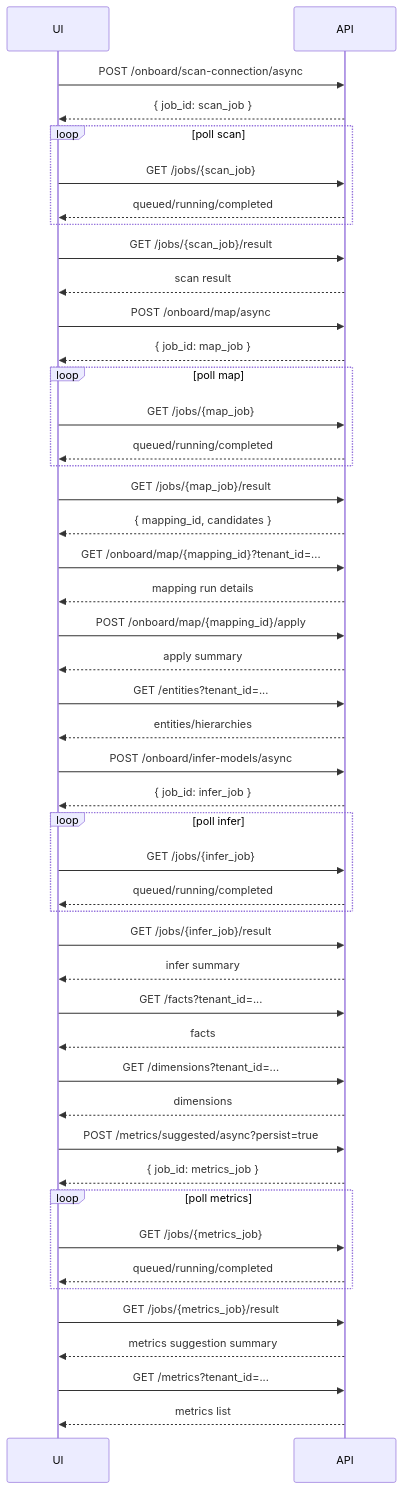
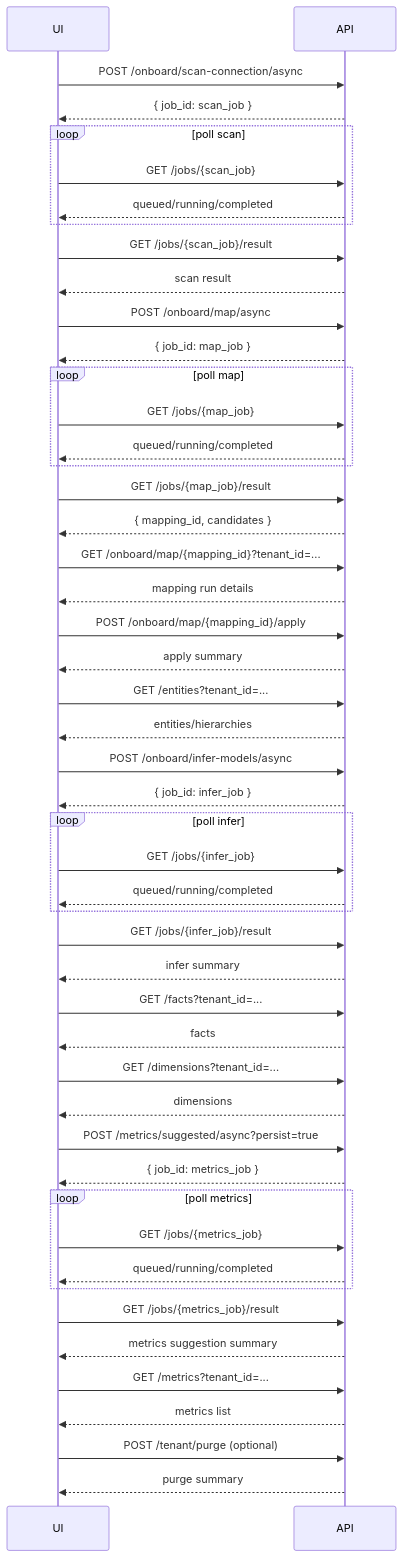
Before and after one commit to cvarma2311/quantyx-core: the diagram in docs/UI_Onboarding_API_Flows.md, drawn with Mermaid. The commit also changed other lines of this file and 43 other files, not shown here.

````diff
--- a/docs/UI_Onboarding_API_Flows.md
+++ b/docs/UI_Onboarding_API_Flows.md
@@ -102,53 +119,55 @@
 ```mermaid
 sequenceDiagram
     participant UI
     participant API
 
     UI->>API: POST /onboard/scan-connection/async
     API-->>UI: { job_id: scan_job }
     loop poll scan
         UI->>API: GET /jobs/{scan_job}
         API-->>UI: queued/running/completed
     end
     UI->>API: GET /jobs/{scan_job}/result
     API-->>UI: scan result
 
     UI->>API: POST /onboard/map/async
     API-->>UI: { job_id: map_job }
     loop poll map
         UI->>API: GET /jobs/{map_job}
         API-->>UI: queued/running/completed
     end
     UI->>API: GET /jobs/{map_job}/result
     API-->>UI: { mapping_id, candidates }
     UI->>API: GET /onboard/map/{mapping_id}?tenant_id=...
     API-->>UI: mapping run details
     UI->>API: POST /onboard/map/{mapping_id}/apply
     API-->>UI: apply summary
     UI->>API: GET /entities?tenant_id=...
     API-->>UI: entities/hierarchies
 
     UI->>API: POST /onboard/infer-models/async
     API-->>UI: { job_id: infer_job }
     loop poll infer
         UI->>API: GET /jobs/{infer_job}
         API-->>UI: queued/running/completed
     end
     UI->>API: GET /jobs/{infer_job}/result
     API-->>UI: infer summary
     UI->>API: GET /facts?tenant_id=...
     API-->>UI: facts
     UI->>API: GET /dimensions?tenant_id=...
     API-->>UI: dimensions
 
     UI->>API: POST /metrics/suggested/async?persist=true
     API-->>UI: { job_id: metrics_job }
     loop poll metrics
         UI->>API: GET /jobs/{metrics_job}
         API-->>UI: queued/running/completed
     end
     UI->>API: GET /jobs/{metrics_job}/result
     API-->>UI: metrics suggestion summary
     UI->>API: GET /metrics?tenant_id=...
     API-->>UI: metrics list
+    UI->>API: POST /tenant/purge (optional)
+    API-->>UI: purge summary
 ```
````
